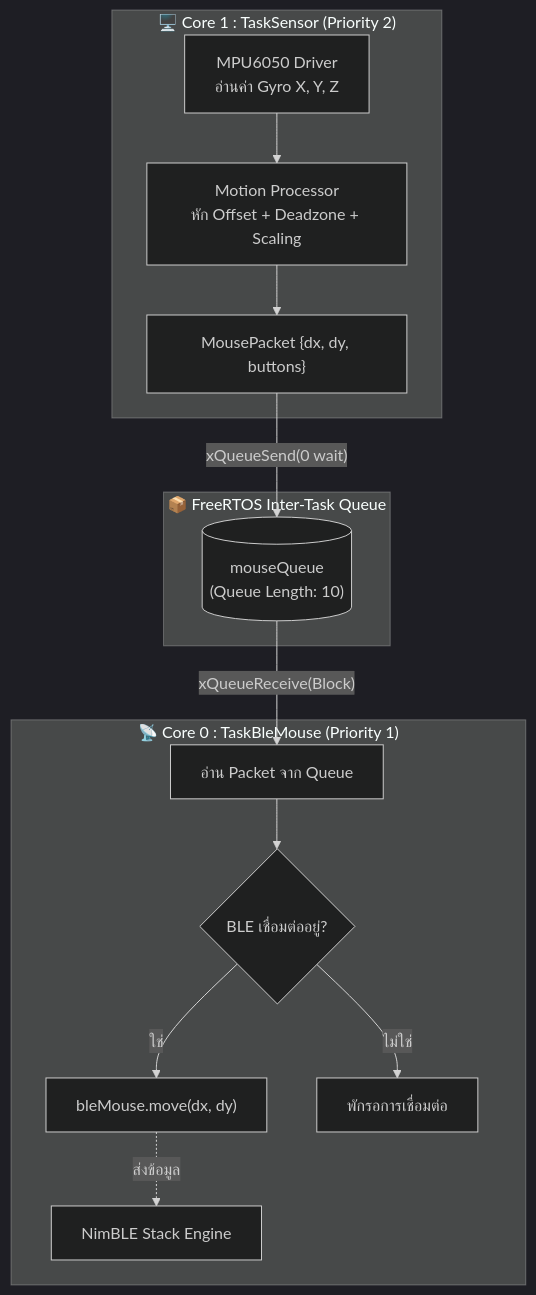
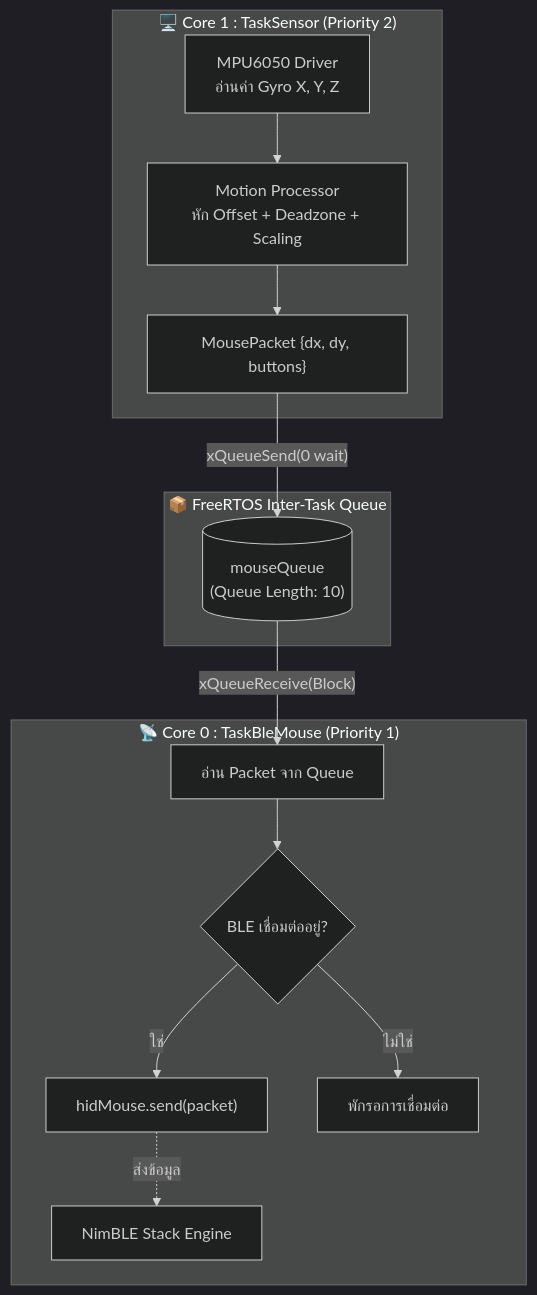
The diagram in README.md (kora-ora/Glove_mouse), drawn with Mermaid (dark theme) before and after one commit. The commit also changed other lines of this file and 4 other files, not shown here.

````diff
--- a/README.md
+++ b/README.md
@@ -32,19 +32,19 @@
 ```mermaid
 flowchart TD
     subgraph Core1 ["🖥️ Core 1 : TaskSensor (Priority 2)"]
         A["MPU6050 Driver\nอ่านค่า Gyro X, Y, Z"] --> B["Motion Processor\nหัก Offset + Deadzone + Scaling"]
         B --> C["MousePacket {dx, dy, buttons}"]
     end
 
     subgraph IPC ["📦 FreeRTOS Inter-Task Queue"]
         C -- "xQueueSend(0 wait)" --> Q[("mouseQueue\n(Queue Length: 10)")]
     end
 
     subgraph Core0 ["📡 Core 0 : TaskBleMouse (Priority 1)"]
         Q -- "xQueueReceive(Block)" --> D["อ่าน Packet จาก Queue"]
         D --> E{"BLE เชื่อมต่ออยู่?"}
-        E -- ใช่ --> F["bleMouse.move(dx, dy)"]
+        E -- ใช่ --> F["hidMouse.send(packet)"]
         E -- ไม่ใช่ --> G["พักรอการเชื่อมต่อ"]
         F -. ส่งข้อมูล .-> H["NimBLE Stack Engine"]
     end
 ```
````
